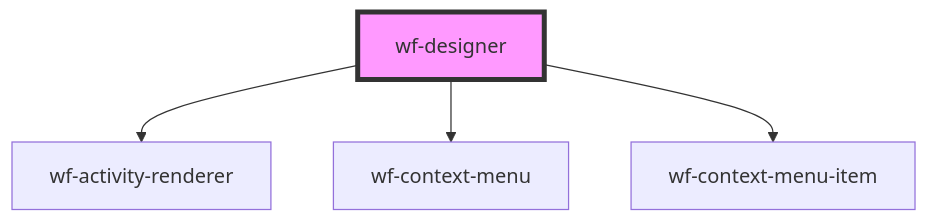
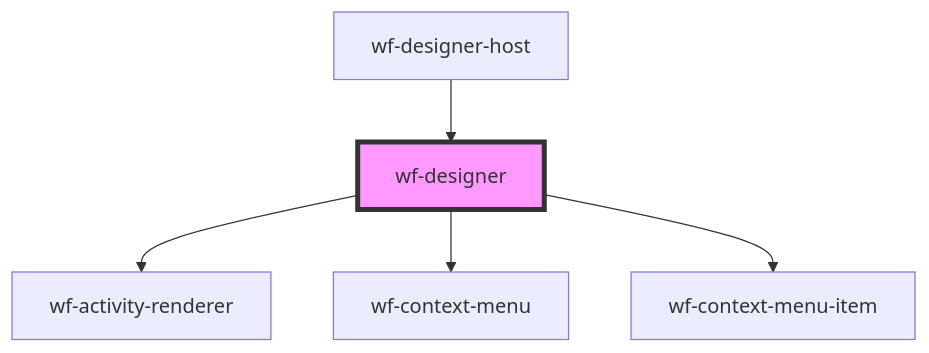
One commit to elsa-workflows/elsa-designer changed the diagram in src/components/workflow-designer/designer/readme.md. Above: the diagram before and after it, drawn with Mermaid. The commit also changed other lines of this file and 96 other files, not shown here.

````diff
--- a/src/components/workflow-designer/designer/readme.md
+++ b/src/components/workflow-designer/designer/readme.md
@@ -78,7 +82,8 @@
 ```mermaid
 graph TD;
   wf-designer --> wf-activity-renderer
   wf-designer --> wf-context-menu
   wf-designer --> wf-context-menu-item
+  wf-designer-host --> wf-designer
   style wf-designer fill:#f9f,stroke:#333,stroke-width:4px
 ```
````
